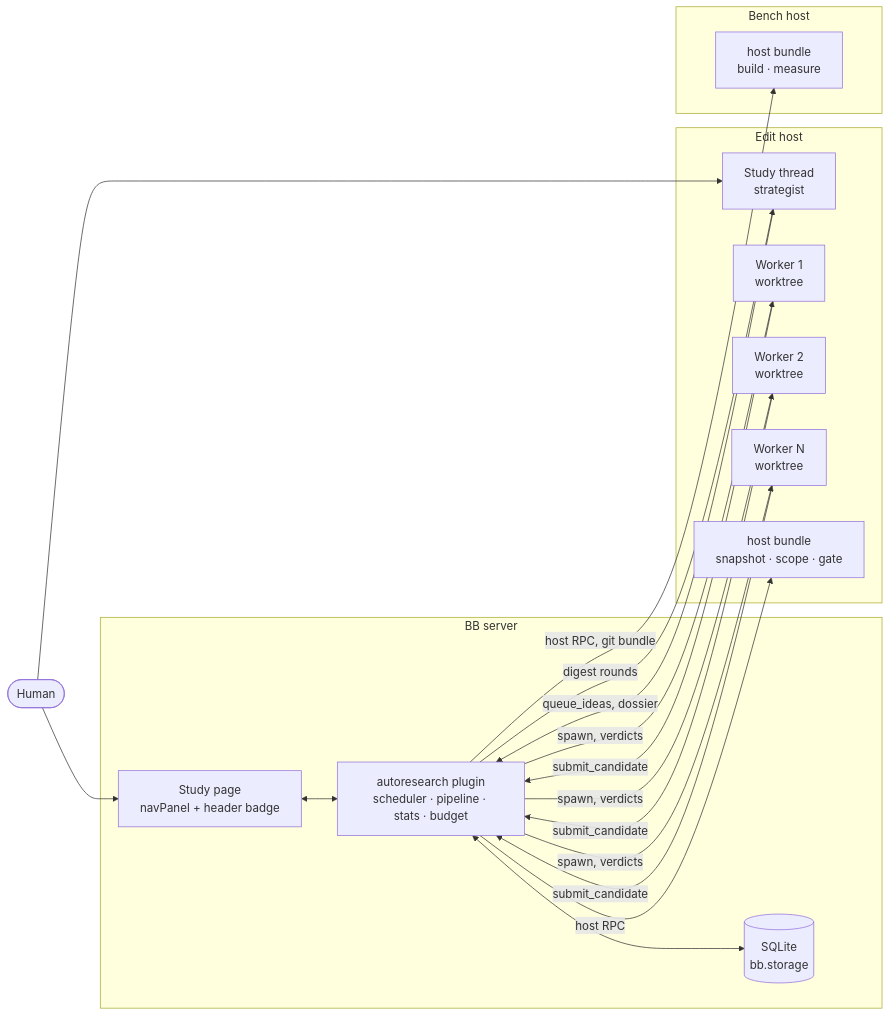
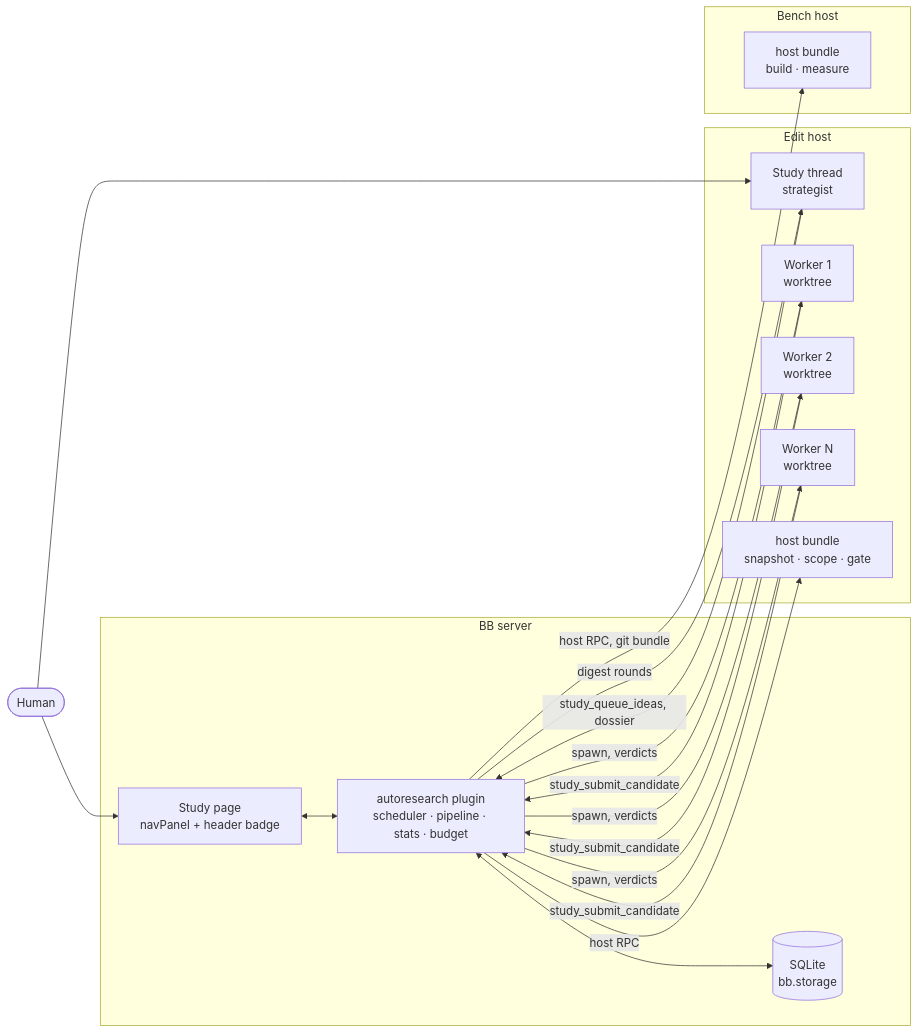
Before and after one commit to pascal-de-ladurantaye/bb-autoresearch: the first of 3 diagrams in docs/design.md, drawn with Mermaid. The commit also changed other lines of this file and 54 other files, not shown here.

````diff
--- a/docs/design.md
+++ b/docs/design.md
@@ -77,29 +77,29 @@
 ```mermaid
 flowchart LR
   human([Human])
   subgraph bbserver["BB server"]
     plugin["autoresearch plugin<br/>scheduler · pipeline · stats · budget"]
     db[("SQLite<br/>bb.storage")]
     ui["Study page<br/>navPanel + header badge"]
   end
   subgraph edit["Edit host"]
     st["Study thread<br/>strategist"]
     w1["Worker 1<br/>worktree"]
     w2["Worker 2<br/>worktree"]
     w3["Worker N<br/>worktree"]
     ehost["host bundle<br/>snapshot · scope · gate"]
   end
   subgraph bench["Bench host"]
     bhost["host bundle<br/>build · measure"]
   end
   human --> ui
   human --> st
   ui <--> plugin
   plugin <--> db
   plugin -- spawn, verdicts --> w1 & w2 & w3
-  w1 & w2 & w3 -- submit_candidate --> plugin
+  w1 & w2 & w3 -- study_submit_candidate --> plugin
   plugin -- digest rounds --> st
-  st -- queue_ideas, dossier --> plugin
+  st -- study_queue_ideas, dossier --> plugin
   plugin -- host RPC --> ehost
   plugin -- host RPC, git bundle --> bhost
 ```
````
